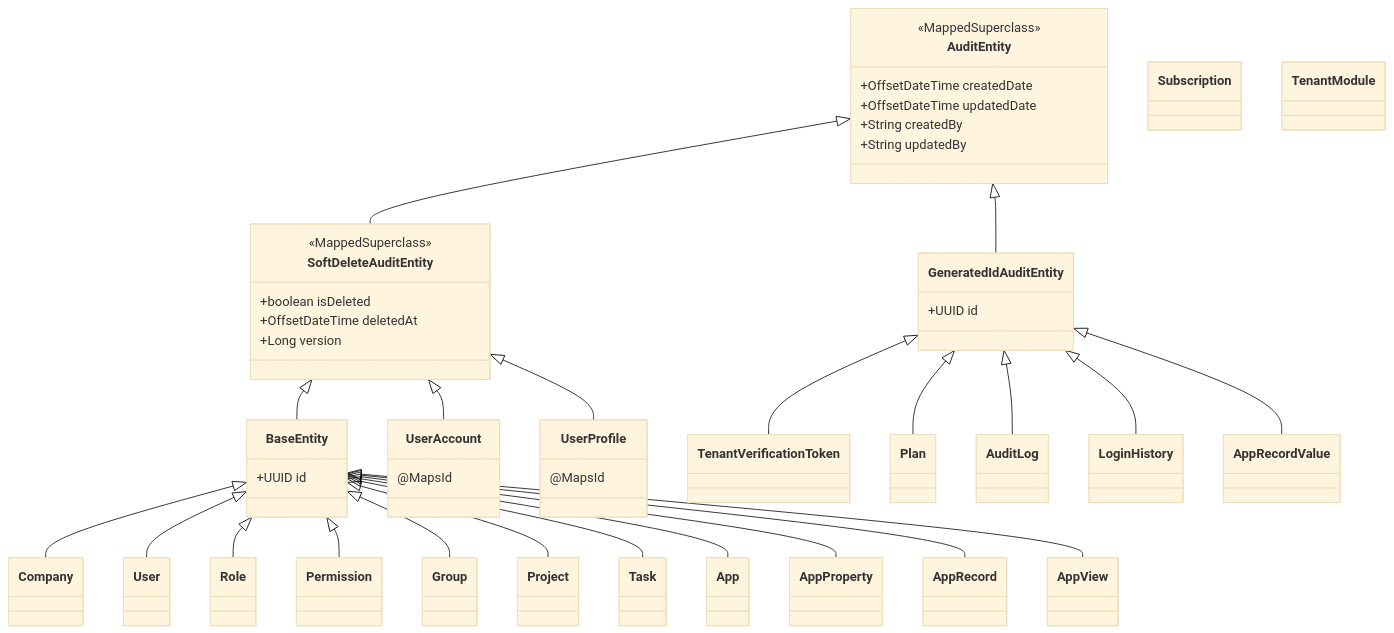
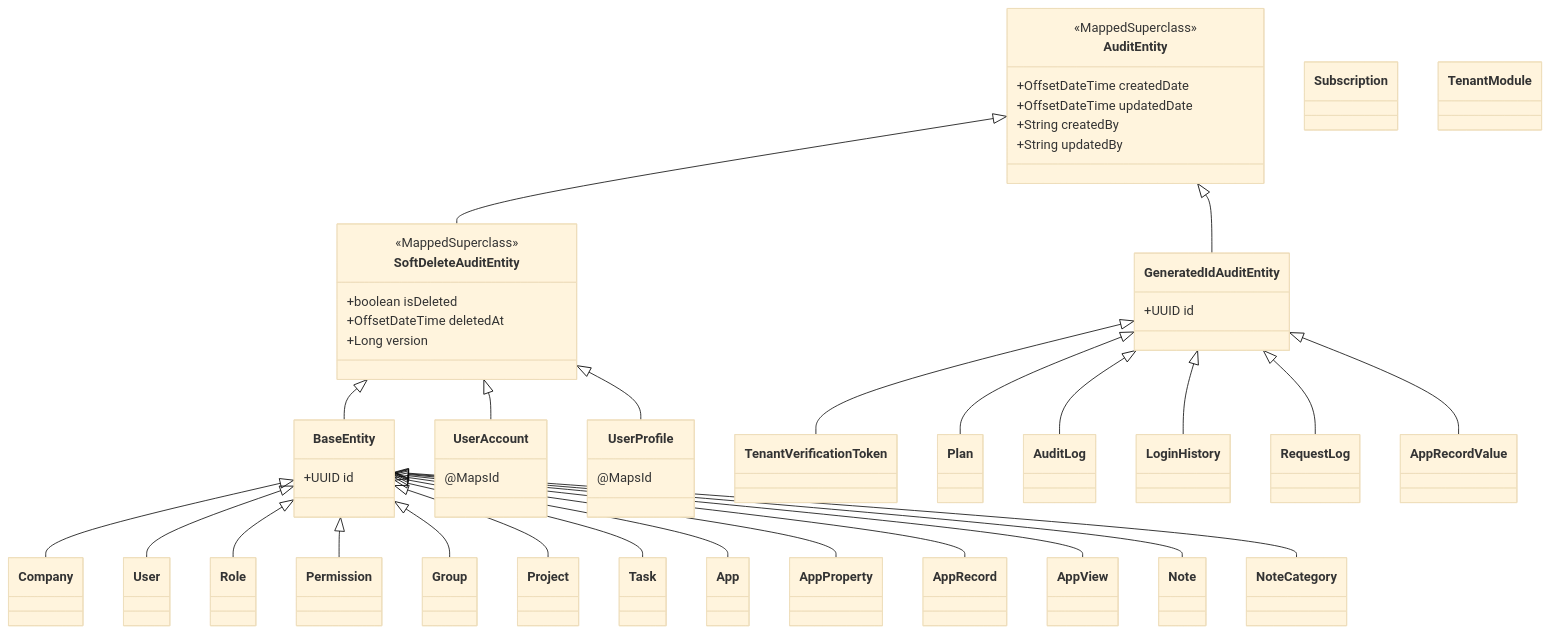
Before and after one commit to ibrhalil/forgesys: the fifth of 5 diagrams in docs/ARCHITECTURE.md, drawn with Mermaid (base theme). The commit also changed other lines of this file and 8 other files, not shown here.

````diff
--- a/docs/ARCHITECTURE.md
+++ b/docs/ARCHITECTURE.md
@@ -200,70 +204,76 @@
 ```mermaid
 classDiagram
     class AuditEntity {
         <<MappedSuperclass>>
         +OffsetDateTime createdDate
         +OffsetDateTime updatedDate
         +String createdBy
         +String updatedBy
     }
     class SoftDeleteAuditEntity {
         <<MappedSuperclass>>
         +boolean isDeleted
         +OffsetDateTime deletedAt
         +Long version
     }
     class BaseEntity {
         +UUID id
     }
     class GeneratedIdAuditEntity {
         +UUID id
     }
 
     AuditEntity <|-- SoftDeleteAuditEntity
     AuditEntity <|-- GeneratedIdAuditEntity
     SoftDeleteAuditEntity <|-- BaseEntity
 
     class Company
     class User
     class UserAccount {
         @MapsId
     }
     class UserProfile {
         @MapsId
     }
     class Role
     class Permission
     class Group
     class TenantVerificationToken
     class Plan
     class Subscription
     class TenantModule
     class Project
     class Task
     class AuditLog
     class LoginHistory
+    class RequestLog
     class App
     class AppProperty
     class AppRecord
     class AppRecordValue
     class AppView
+    class Note
+    class NoteCategory
 
     BaseEntity <|-- Company
     BaseEntity <|-- User
     BaseEntity <|-- Role
     BaseEntity <|-- Permission
     BaseEntity <|-- Group
     BaseEntity <|-- Project
     BaseEntity <|-- Task
     BaseEntity <|-- App
     BaseEntity <|-- AppProperty
     BaseEntity <|-- AppRecord
     BaseEntity <|-- AppView
+    BaseEntity <|-- Note
+    BaseEntity <|-- NoteCategory
     SoftDeleteAuditEntity <|-- UserAccount
     SoftDeleteAuditEntity <|-- UserProfile
     GeneratedIdAuditEntity <|-- TenantVerificationToken
     GeneratedIdAuditEntity <|-- Plan
     GeneratedIdAuditEntity <|-- AuditLog
     GeneratedIdAuditEntity <|-- LoginHistory
+    GeneratedIdAuditEntity <|-- RequestLog
     GeneratedIdAuditEntity <|-- AppRecordValue
 ```
````
